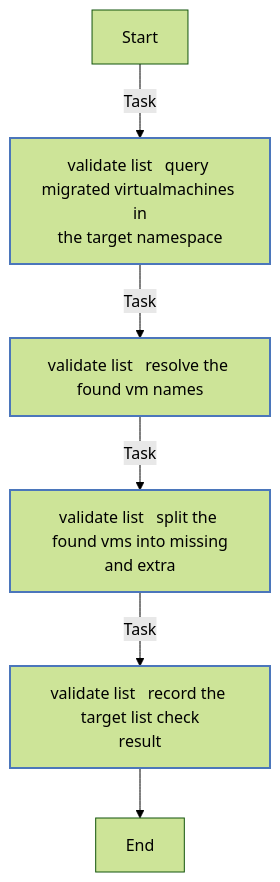
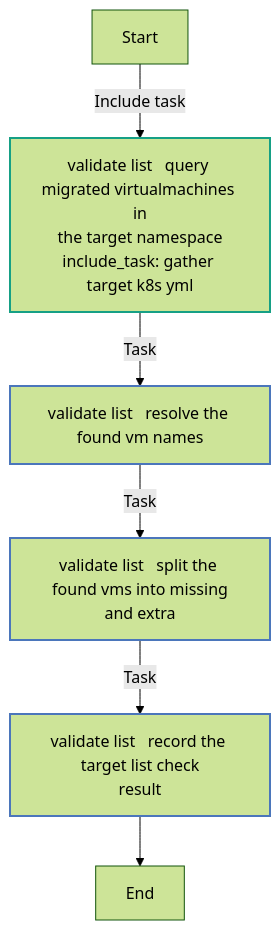
Before and after one commit to redhat-cop/openshift_virtualization_migration: diagram 11 of 13 in roles/validate_migration/README.md, drawn with Mermaid (forest theme). The commit also changed other lines of this file and 10 other files, not shown here.

````diff
--- a/roles/validate_migration/README.md
+++ b/roles/validate_migration/README.md
@@ -513,18 +561,18 @@
 ```mermaid
 flowchart TD
 Start
 classDef block stroke:#3498db,stroke-width:2px;
 classDef task stroke:#4b76bb,stroke-width:2px;
 classDef includeTasks stroke:#16a085,stroke-width:2px;
 classDef importTasks stroke:#34495e,stroke-width:2px;
 classDef includeRole stroke:#2980b9,stroke-width:2px;
 classDef importRole stroke:#699ba7,stroke-width:2px;
 classDef includeVars stroke:#8e44ad,stroke-width:2px;
 classDef rescue stroke:#665352,stroke-width:2px;
 
-  Start-->|Task| validate_list___Query_migrated_VirtualMachines_in_the_target_namespace0[validate list   query migrated virtualmachines in<br>the target namespace]:::task
-  validate_list___Query_migrated_VirtualMachines_in_the_target_namespace0-->|Task| validate_list___Resolve_the_found_VM_names1[validate list   resolve the found vm names]:::task
+  Start-->|Include task| validate_list___Query_migrated_VirtualMachines_in_the_target_namespace_gather_target_k8s_yml_0[validate list   query migrated virtualmachines in<br>the target namespace<br>include_task: gather target k8s yml]:::includeTasks
+  validate_list___Query_migrated_VirtualMachines_in_the_target_namespace_gather_target_k8s_yml_0-->|Task| validate_list___Resolve_the_found_VM_names1[validate list   resolve the found vm names]:::task
   validate_list___Resolve_the_found_VM_names1-->|Task| validate_list___Split_the_found_VMs_into_missing_and_extra2[validate list   split the found vms into missing<br>and extra]:::task
   validate_list___Split_the_found_VMs_into_missing_and_extra2-->|Task| validate_list___Record_the_target_list_check_result3[validate list   record the target list check<br>result]:::task
   validate_list___Record_the_target_list_check_result3-->End
 ```
````
